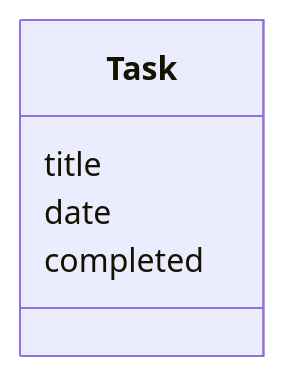
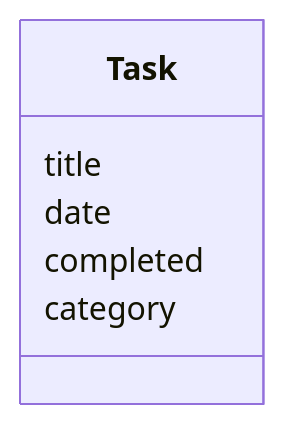
Before and after one commit to eesalor/ot-harjoitustyo: the first of 4 diagrams in dokumentaatio/arkkitehtuuri.md, drawn with Mermaid. The commit also changed other lines of this file, not shown here.

Commit message:
Update class diagram for class Task and create new one for class Category

````diff
--- a/dokumentaatio/arkkitehtuuri.md
+++ b/dokumentaatio/arkkitehtuuri.md
@@ -11,8 +11,9 @@
 ```mermaid
  classDiagram
     class Task{
         title
         date
         completed
+        category
     }
 ```
````
